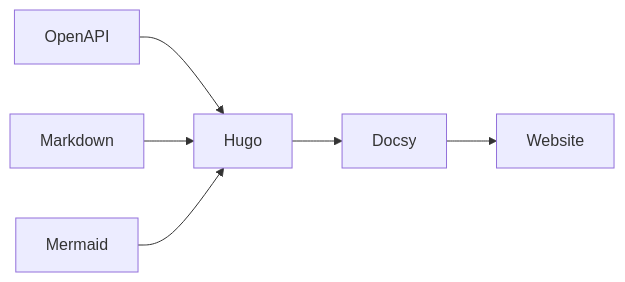
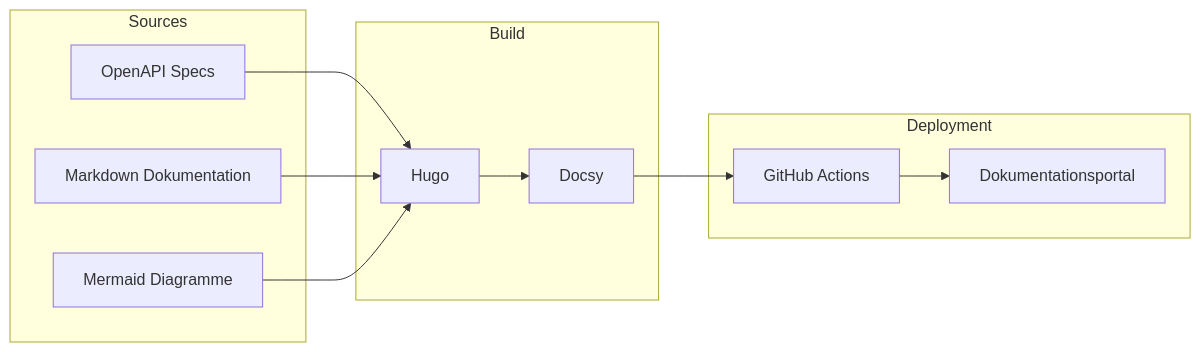
The diagram in content/_index.md (Wolfgang61/rl-digital-api-docs), drawn with Mermaid before and after one commit. The commit also changed other lines of this file and 9 other files, not shown here.

````diff
--- a/content/_index.md
+++ b/content/_index.md
@@ -42,8 +37,27 @@
 ```mermaid
 flowchart LR
-    OpenAPI --> Hugo
-    Markdown --> Hugo
-    Mermaid --> Hugo
-    Hugo --> Docsy
-    Docsy --> Website
+
+subgraph Sources
+    OA[OpenAPI Specs]
+    MD[Markdown Dokumentation]
+    MM[Mermaid Diagramme]
+end
+
+subgraph Build
+    HU[Hugo]
+    DO[Docsy]
+end
+
+subgraph Deployment
+    GH[GitHub Actions]
+    WS[Dokumentationsportal]
+end
+
+OA --> HU
+MD --> HU
+MM --> HU
+
+HU --> DO
+DO --> GH
+GH --> WS
 ```
````
